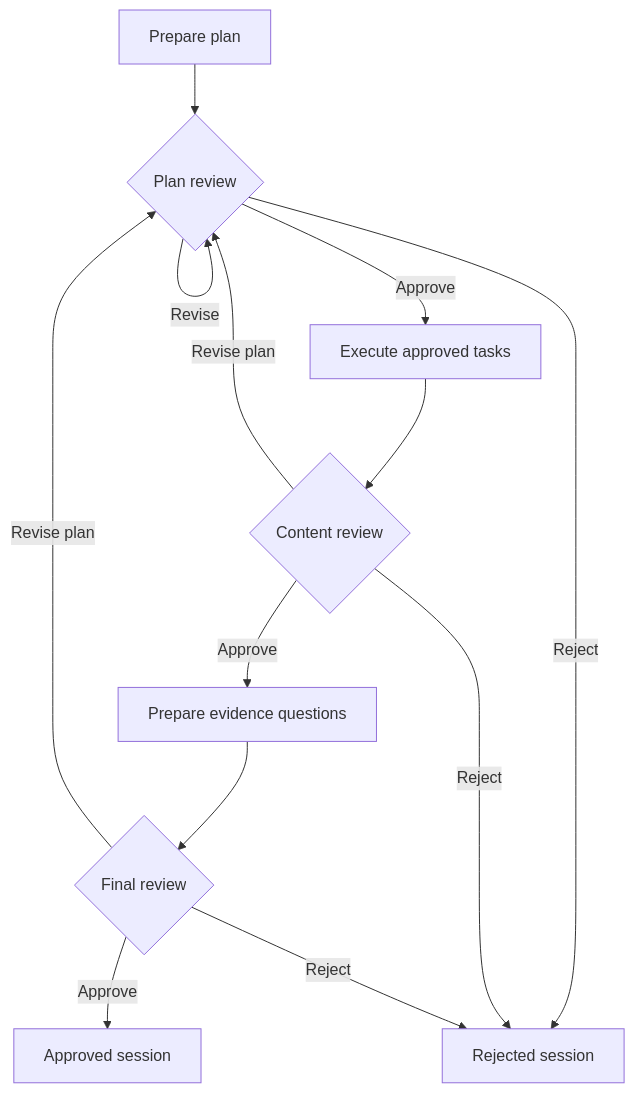
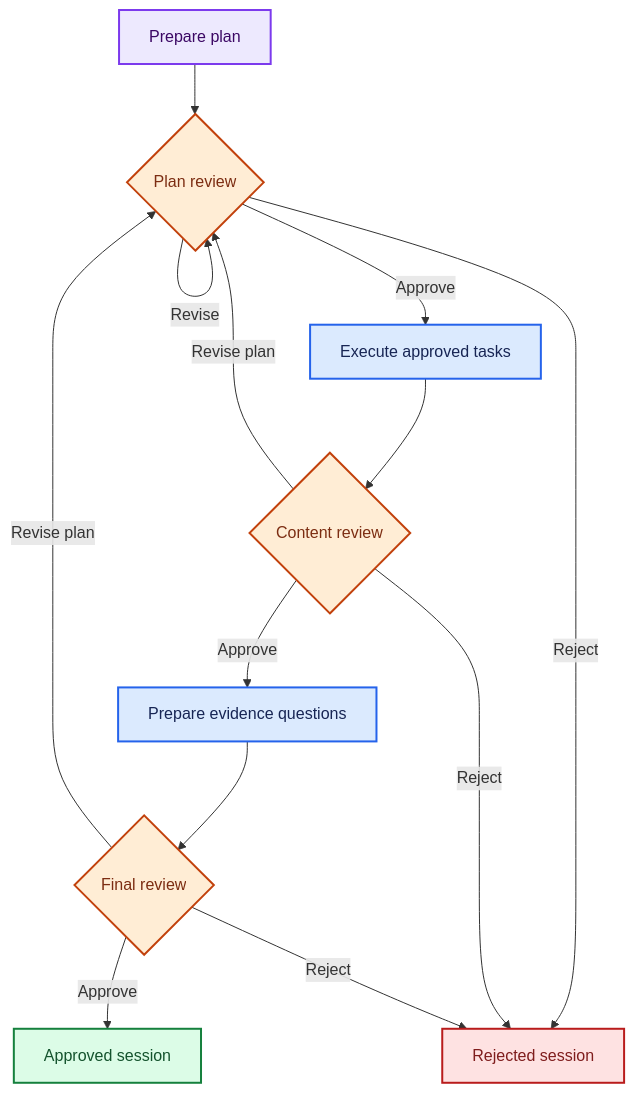
The diagram in docs/V16_GUIDE.md (anne500/multi-agent-study-guide), drawn with Mermaid before and after one commit. The commit also changed other lines of this file and 7 other files, not shown here.

Commit message:
Add visual learning map and color-coded architecture documentation

````diff
--- a/docs/V16_GUIDE.md
+++ b/docs/V16_GUIDE.md
@@ -18,15 +20,27 @@
 ```mermaid
 flowchart TD
     A[Prepare plan] --> B{Plan review}
     B -->|Approve| C[Execute approved tasks]
     C --> D{Content review}
     D -->|Approve| E[Prepare evidence questions]
     E --> F{Final review}
     F -->|Approve| G[Approved session]
     B -->|Revise| B
     D -->|Revise plan| B
     F -->|Revise plan| B
     B -->|Reject| H[Rejected session]
     D -->|Reject| H
     F -->|Reject| H
+
+    classDef default fill:#F8FAFC,stroke:#475569,color:#0F172A,stroke-width:1.5px;
+    classDef model fill:#EDE9FE,stroke:#7C3AED,color:#3B0764,stroke-width:2px;
+    class A model;
+    classDef logic fill:#DBEAFE,stroke:#2563EB,color:#172554,stroke-width:2px;
+    class C,E logic;
+    classDef human fill:#FFEDD5,stroke:#C2410C,color:#7C2D12,stroke-width:2px;
+    class B,D,F human;
+    classDef success fill:#DCFCE7,stroke:#15803D,color:#14532D,stroke-width:2px;
+    class G success;
+    classDef failure fill:#FEE2E2,stroke:#B91C1C,color:#7F1D1D,stroke-width:2px;
+    class H failure;
 ```
````
